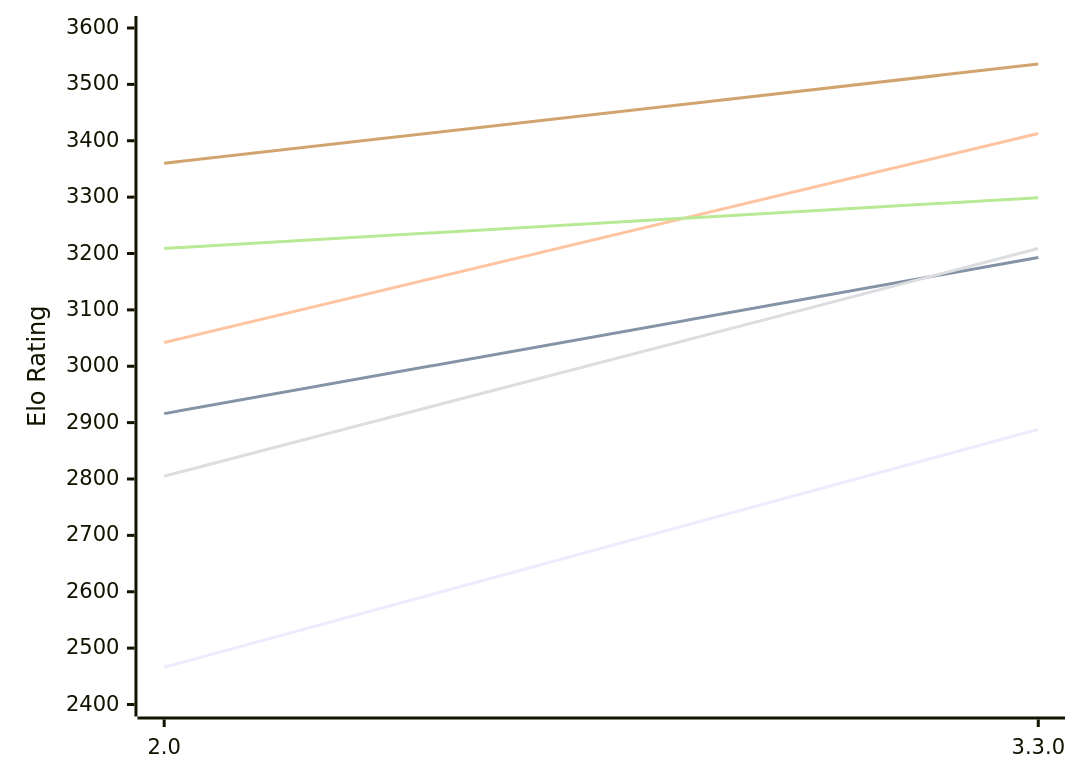
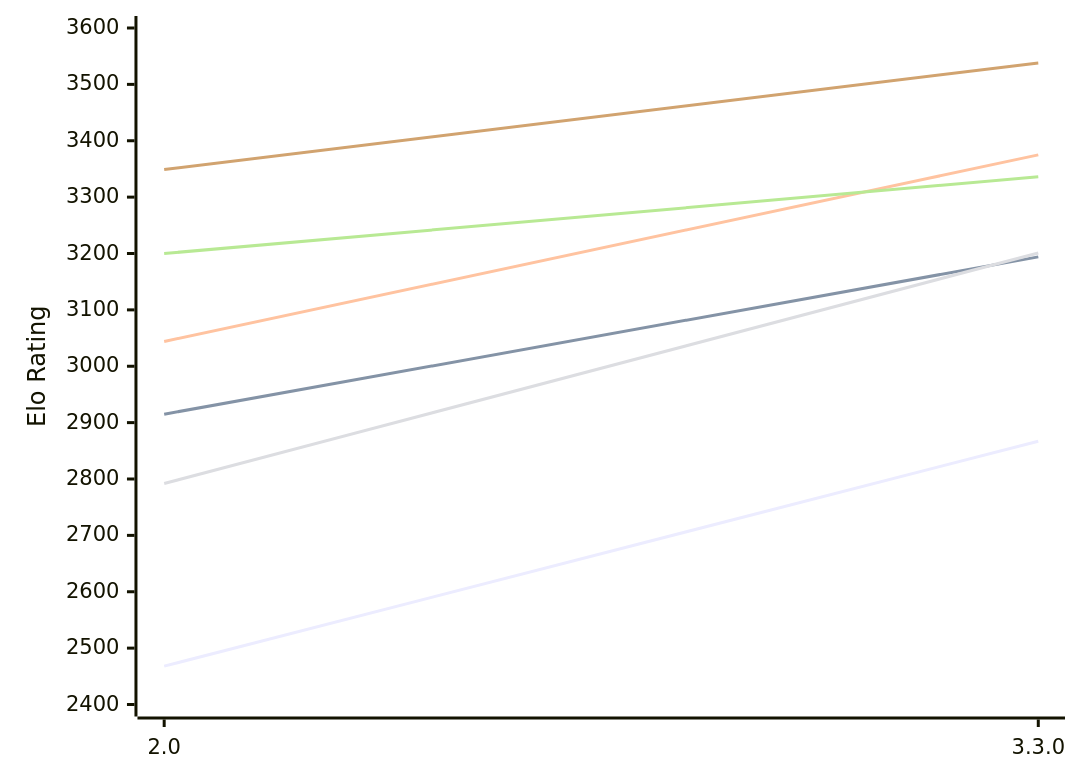
The diagram in engines/Ravager.md (computer-chess-index/cci), drawn with Mermaid before and after one commit. The commit also changed other lines of this file, not shown here.

Commit message:
Update CCI Ratings (ELO VLTC) - 2026-10-12

````diff
--- a/engines/Ravager.md
+++ b/engines/Ravager.md
@@ -49,12 +49,12 @@
 ```mermaid
 %%{init: {"theme":"base","themeVariables":{"seriesColors:['#a3a3a3','#222221','#faa371']}}}%%
 xychart-beta
   x-axis ["2.0", "3.3.0"]
   y-axis "Elo Rating" 2400 --> 3600
-  line "E1: STC (8.0+0.08s)" [2466, 2888]
-  line "E1: LTC (60.0+0.60s)" [2916, 3193]
-  line "E1: VLTC (2m24s+1.12s)" [3042, 3413]
-  line "P1: STC (8.0+0.08s)" [2805, 3209]
-  line "P1: LTC (60.0+0.60s)" [3209, 3299]
-  line "P1: VLTC (2m24s+1.12s)" [3360, 3536]
+  line "E1: STC (8.0+0.08s)" [2468, 2867]
+  line "E1: LTC (60.0+0.60s)" [2915, 3194]
+  line "E1: VLTC (2m24s+1.12s)" [3044, 3375]
+  line "P1: STC (8.0+0.08s)" [2792, 3201]
+  line "P1: LTC (60.0+0.60s)" [3200, 3336]
+  line "P1: VLTC (2m24s+1.12s)" [3349, 3538]
 ```
````
